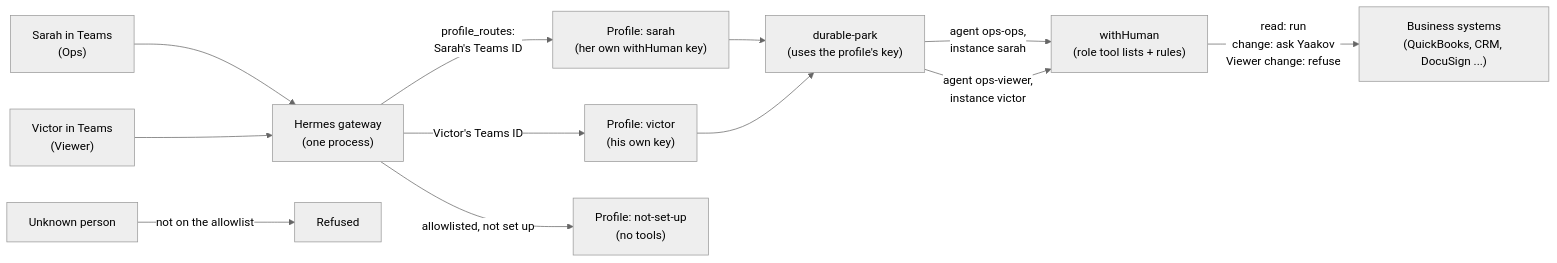
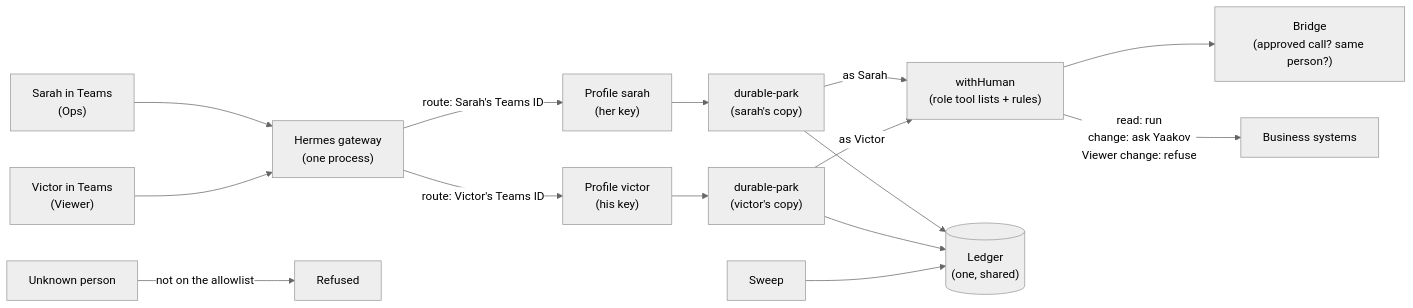
Before and after one commit to TapDashPayments/TapDash-Agents: the diagram in docs/specs/2026-10-26-per-person-roles-design.md, drawn with Mermaid (neutral theme). The commit also changed other lines of this file, not shown here.

First line of the commit message:
Spec: per-person roles, revised after an independent review

````diff
--- a/docs/specs/2026-10-26-per-person-roles-design.md
+++ b/docs/specs/2026-10-26-per-person-roles-design.md
@@ -33,14 +50,17 @@
 ```mermaid
 flowchart LR
   S["Sarah in Teams<br/>(Ops)"] --> GW["Hermes gateway<br/>(one process)"]
   V["Victor in Teams<br/>(Viewer)"] --> GW
   X["Unknown person"] -->|"not on the allowlist"| NO["Refused"]
-  GW -->|"profile_routes:<br/>Sarah's Teams ID"| PS["Profile: sarah<br/>(her own withHuman key)"]
-  GW -->|"Victor's Teams ID"| PV["Profile: victor<br/>(his own key)"]
-  GW -->|"allowlisted, not set up"| PE["Profile: not-set-up<br/>(no tools)"]
-  PS --> DP["durable-park<br/>(uses the profile's key)"]
-  PV --> DP
-  DP -->|"agent ops-ops,<br/>instance sarah"| WH["withHuman<br/>(role tool lists + rules)"]
-  DP -->|"agent ops-viewer,<br/>instance victor"| WH
-  WH -->|"read: run<br/>change: ask Yaakov<br/>Viewer change: refuse"| SYS["Business systems<br/>(QuickBooks, CRM, DocuSign ...)"]
+  GW -->|"route: Sarah's Teams ID"| PS["Profile sarah<br/>(her key)"]
+  GW -->|"route: Victor's Teams ID"| PV["Profile victor<br/>(his key)"]
+  PS --> DPS["durable-park<br/>(sarah's copy)"]
+  PV --> DPV["durable-park<br/>(victor's copy)"]
+  DPS -->|"as Sarah"| WH["withHuman<br/>(role tool lists + rules)"]
+  DPV -->|"as Victor"| WH
+  WH --> BR["Bridge<br/>(approved call? same person?)"]
+  WH -->|"read: run<br/>change: ask Yaakov<br/>Viewer change: refuse"| SYS["Business systems"]
+  DPS --> L[("Ledger<br/>(one, shared)")]
+  DPV --> L
+  SW["Sweep"] --> L
 ```
````
